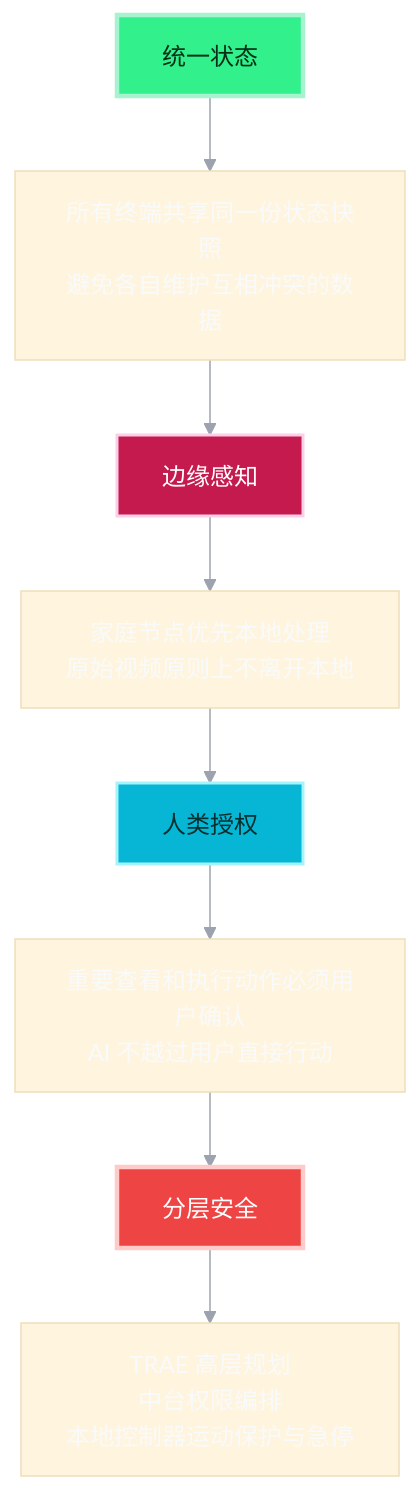
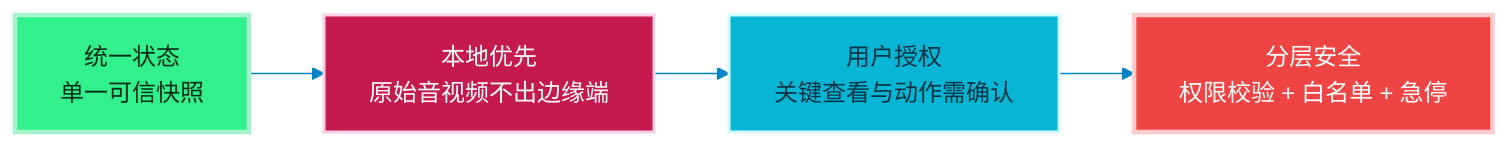
One commit to ibh4/T.R.A.E.V.I.S changed the fifth of 5 diagrams in README.md. Above: the diagram before and after it, drawn with Mermaid. The commit also changed other lines of this file, not shown here.

````diff
--- a/README.md
+++ b/README.md
@@ -382,16 +344,15 @@
 ```mermaid
-%%{init: {"theme": "base", "themeVariables": {"fontFamily": "Inter, Microsoft YaHei, sans-serif", "background": "#030712", "primaryTextColor": "#F9FAFB", "lineColor": "#9CA3AF"}}}%%
-flowchart TB
-    A[统一状态]:::a --> B[所有终端共享同一份状态快照<br/>避免各自维护互相冲突的数据]
-    B --> C[边缘感知]:::b
-    C --> D[家庭节点优先本地处理<br/>原始视频原则上不离开本地]
-    D --> E[人类授权]:::c
-    E --> F[重要查看和执行动作必须用户确认<br/>AI 不越过用户直接行动]
-    F --> G[分层安全]:::d
-    G --> H[TRAE 高层规划<br/>中台权限编排<br/>本地控制器运动保护与急停]
+%%{init: {"theme": "base", "themeVariables": {"fontFamily": "Inter, Microsoft YaHei, sans-serif", "background": "#FFFFFF", "primaryColor": "#2563EB", "primaryTextColor": "#0F172A", "primaryBorderColor": "#67E8F9", "secondaryColor": "#7C3AED", "tertiaryColor": "#E0F2FE", "lineColor": "#0284C7", "clusterBkg": "#F8FBFF", "clusterBorder": "#38BDF8", "edgeLabelBackground": "#FFFFFF"}}}%%
+flowchart LR
+    S1["统一状态<br/>单一可信快照"]:::s1
+    S2["本地优先<br/>原始音视频不出边缘端"]:::s2
+    S3["用户授权<br/>关键查看与动作需确认"]:::s3
+    S4["分层安全<br/>权限校验 + 白名单 + 急停"]:::s4
 
-    classDef a fill:#32f08c,stroke:#A7F3D0,color:#052E16,stroke-width:3px;
-    classDef b fill:#C51A4E,stroke:#FBCFE8,color:#FFFFFF,stroke-width:2px;
-    classDef c fill:#06B6D4,stroke:#A5F3FC,color:#042F2E,stroke-width:2px;
-    classDef d fill:#EF4444,stroke:#FECACA,color:#FFFFFF,stroke-width:3px;
+    S1 --> S2 --> S3 --> S4
+
+    classDef s1 fill:#32F08C,stroke:#A7F3D0,color:#052E16,stroke-width:3px;
+    classDef s2 fill:#C51A4E,stroke:#FBCFE8,color:#FFFFFF,stroke-width:2px;
+    classDef s3 fill:#06B6D4,stroke:#CFFAFE,color:#083344,stroke-width:2px;
+    classDef s4 fill:#EF4444,stroke:#FECACA,color:#FFFFFF,stroke-width:3px;
 ```
````
